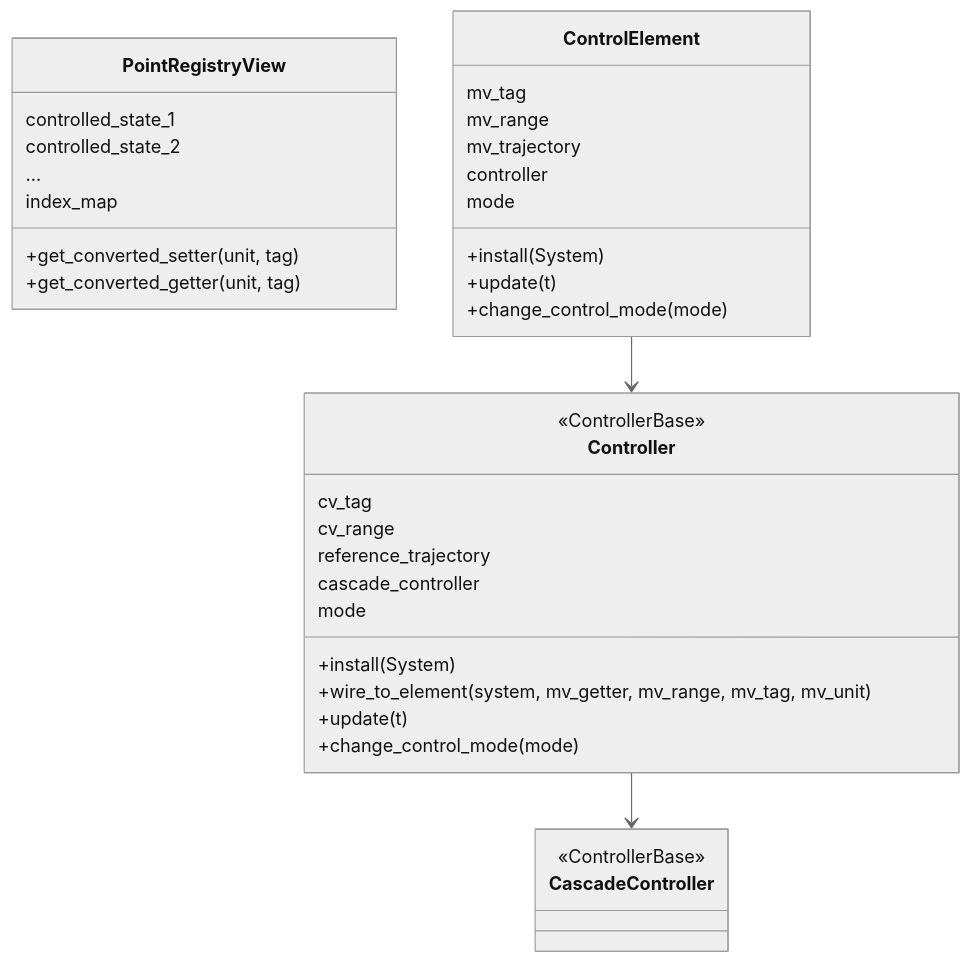
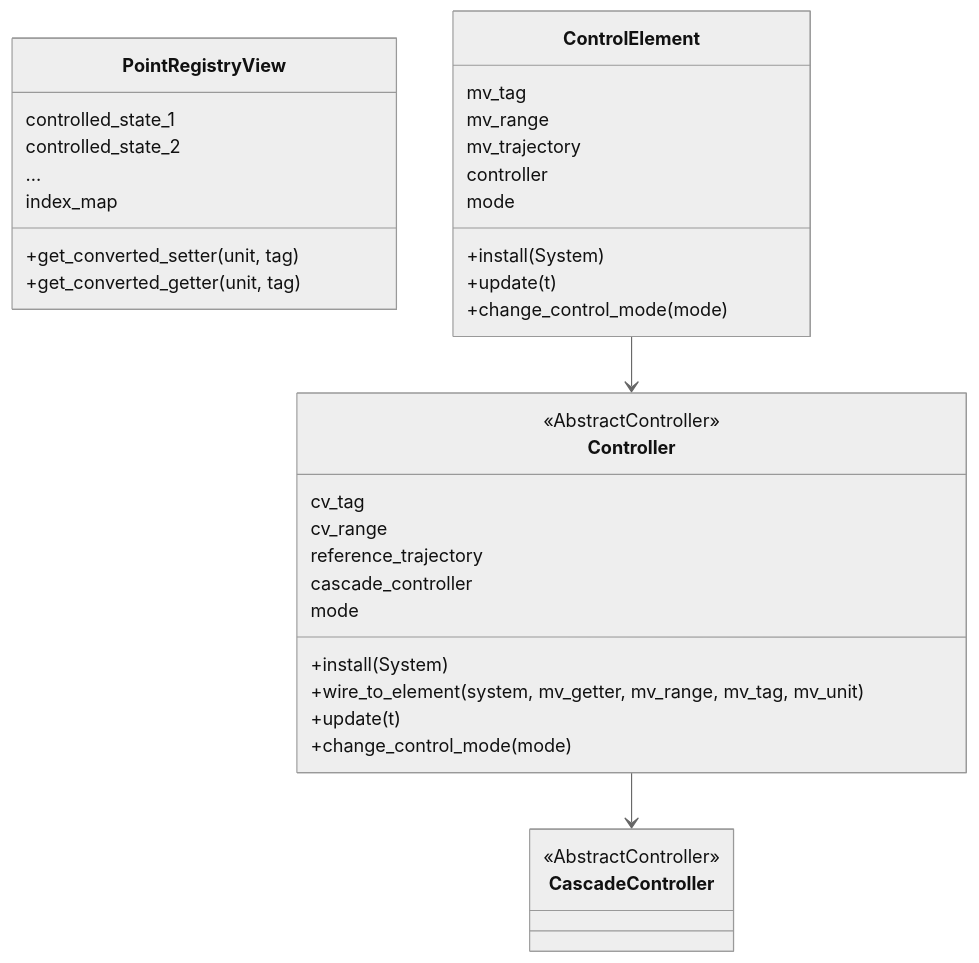
The diagram in docs/src/modular_simulation/components/control_system/controllers/wiring.md (Aliuoly/modular-simulator), drawn with Mermaid (neutral theme) before and after one commit. The commit also changed 1 other file, not shown here.

Commit message:
docs(control): refresh simulation-step and controller wiring docs
Ultraworked with [Sisyphus](https://github.com/code-yeongyu/oh-my-opencode)

````diff
--- a/docs/src/modular_simulation/components/control_system/controllers/wiring.md
+++ b/docs/src/modular_simulation/components/control_system/controllers/wiring.md
@@ -1,39 +1,39 @@
 ```mermaid
 classDiagram
     direction TB
     class PointRegistryView {
         controlled_state_1
         controlled_state_2
         ...
         index_map
         +get_converted_setter(unit, tag)
         +get_converted_getter(unit, tag)
     }
     class ControlElement {
         mv_tag
         mv_range
         mv_trajectory
         controller
         mode
         +install(System)
         +update(t)
         +change_control_mode(mode)
     }
     class Controller {
-        <<ControllerBase>>
+        <<AbstractController>>
         cv_tag
         cv_range
         reference_trajectory
         cascade_controller
         mode
         +install(System)
         +wire_to_element(system, mv_getter, mv_range, mv_tag, mv_unit)
         +update(t)
         +change_control_mode(mode)
     }
     class CascadeController{
-        <<ControllerBase>>
+        <<AbstractController>>
     }
     ControlElement -->  Controller
     Controller --> CascadeController
 ```
````
